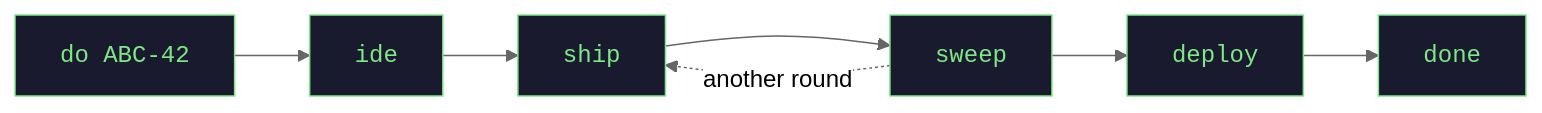
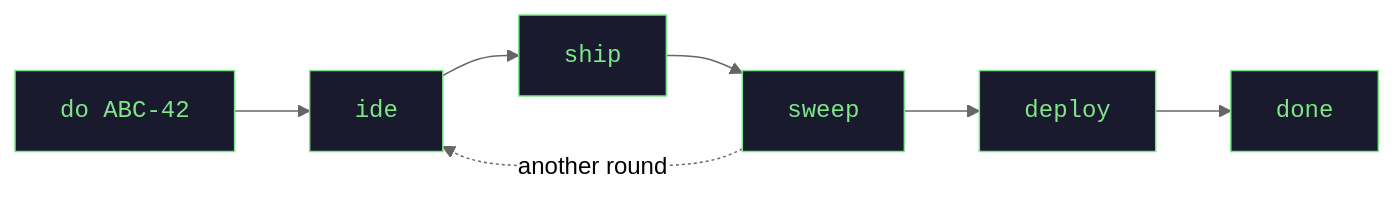
One commit to GulDmitry/jagt changed the diagram in README.md. Above: the diagram before and after it, drawn with Mermaid (neutral theme). The commit also changed other lines of this file and 26 other files, not shown here.

````diff
--- a/README.md
+++ b/README.md
@@ -25,7 +23,7 @@
 ```mermaid
 flowchart LR
     DO["do ABC-42"] --> IDE["ide"] --> SHIP["ship"] --> SWEEP["sweep"] --> DEPLOY["deploy"] --> DONE["done"]
-    SWEEP -.->|"another round"| SHIP
+    SWEEP -.->|"another round"| IDE
     classDef c font-family:monospace,fill:#1a1a2e,color:#7ee787,stroke:#7ee787;
     class DO,IDE,SHIP,SWEEP,DEPLOY,DONE c;
 ```
````
